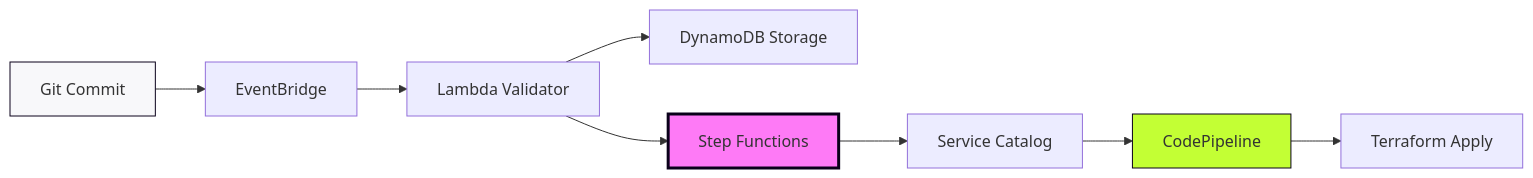
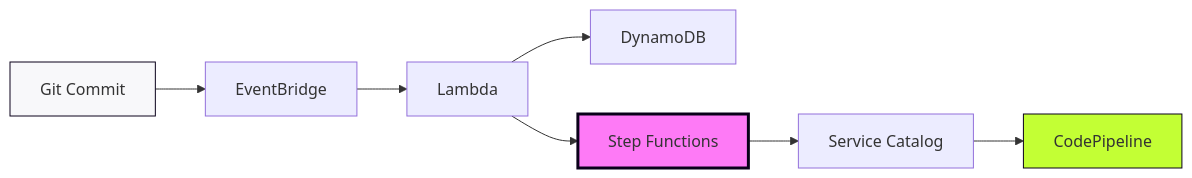
One commit to ken-createfuture-demo/aft-demo-presentation changed the third of 3 diagrams in slides/02-architecture.md. Above: the diagram before and after it, drawn with Mermaid. The commit also changed other lines of this file, not shown here.

````diff
--- a/slides/02-architecture.md
+++ b/slides/02-architecture.md
@@ -79,14 +57,13 @@
 ```mermaid
 graph LR
     A[Git Commit] --> B[EventBridge]
-    B --> C[Lambda Validator]
-    C --> D[DynamoDB Storage]
+    B --> C[Lambda]
+    C --> D[DynamoDB]
     C --> E[Step Functions]
     E --> F[Service Catalog]
     F --> G[CodePipeline]
-    G --> H[Terraform Apply]
     
     style A fill:#F8F8FA,stroke:#0A001A
     style E fill:#FE7AF6,stroke:#0A001A,stroke-width:3px
     style G fill:#C3FF34,stroke:#0A001A
 ```
````
